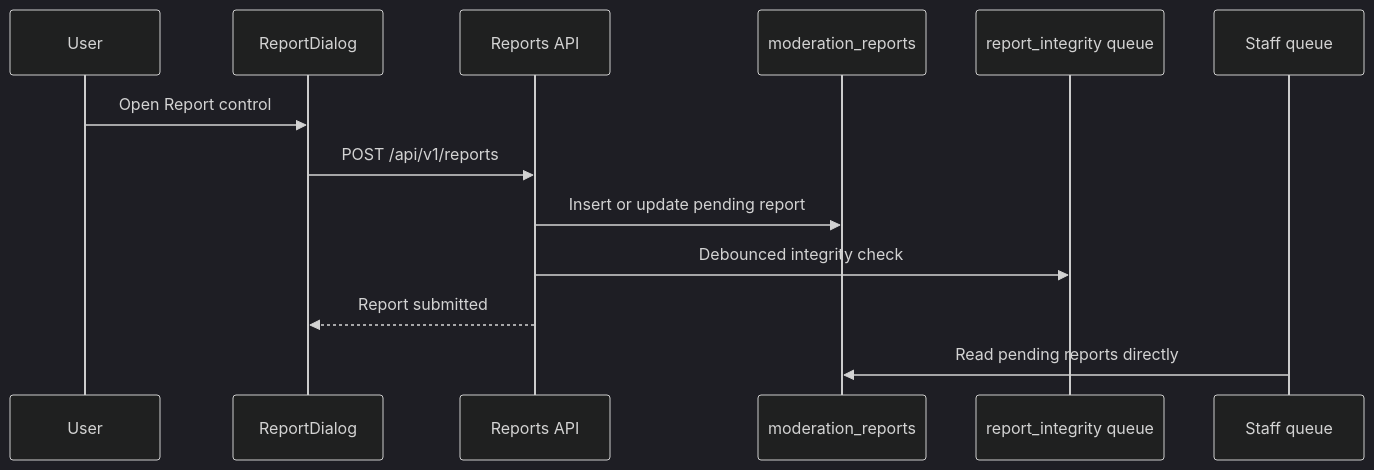
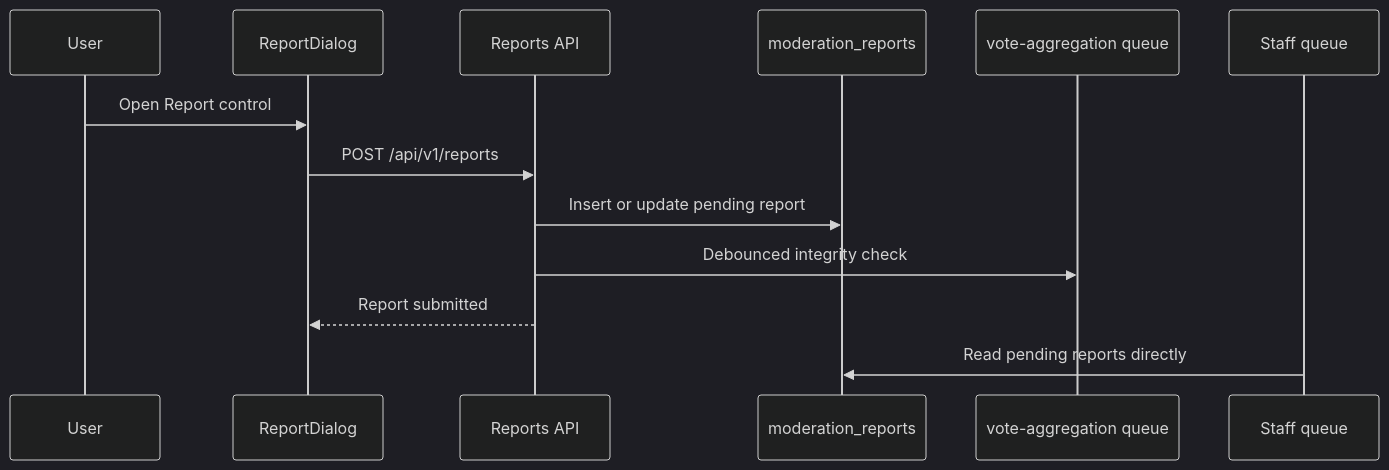
The diagram in docs/requirements/moderation/reference-reporting-report-reasons.md (vouchington/vouchington), drawn with Mermaid (dark theme) before and after one commit. The commit also changed other lines of this file and 227 other files, not shown here.

Commit message:
refactor(queue): merge vote aggregation jobs into one queue

````diff
--- a/docs/requirements/moderation/reference-reporting-report-reasons.md
+++ b/docs/requirements/moderation/reference-reporting-report-reasons.md
@@ -34,16 +34,16 @@
 ```mermaid
 sequenceDiagram
   participant User
   participant Web as ReportDialog
   participant API as Reports API
   participant DB as moderation_reports
-  participant Q as report_integrity queue
+  participant Q as vote-aggregation queue
   participant Admin as Staff queue
 
   User->>Web: Open Report control
   Web->>API: POST /api/v1/reports
   API->>DB: Insert or update pending report
   API->>Q: Debounced integrity check
   API-->>Web: Report submitted
   Admin->>DB: Read pending reports directly
 ```
````
